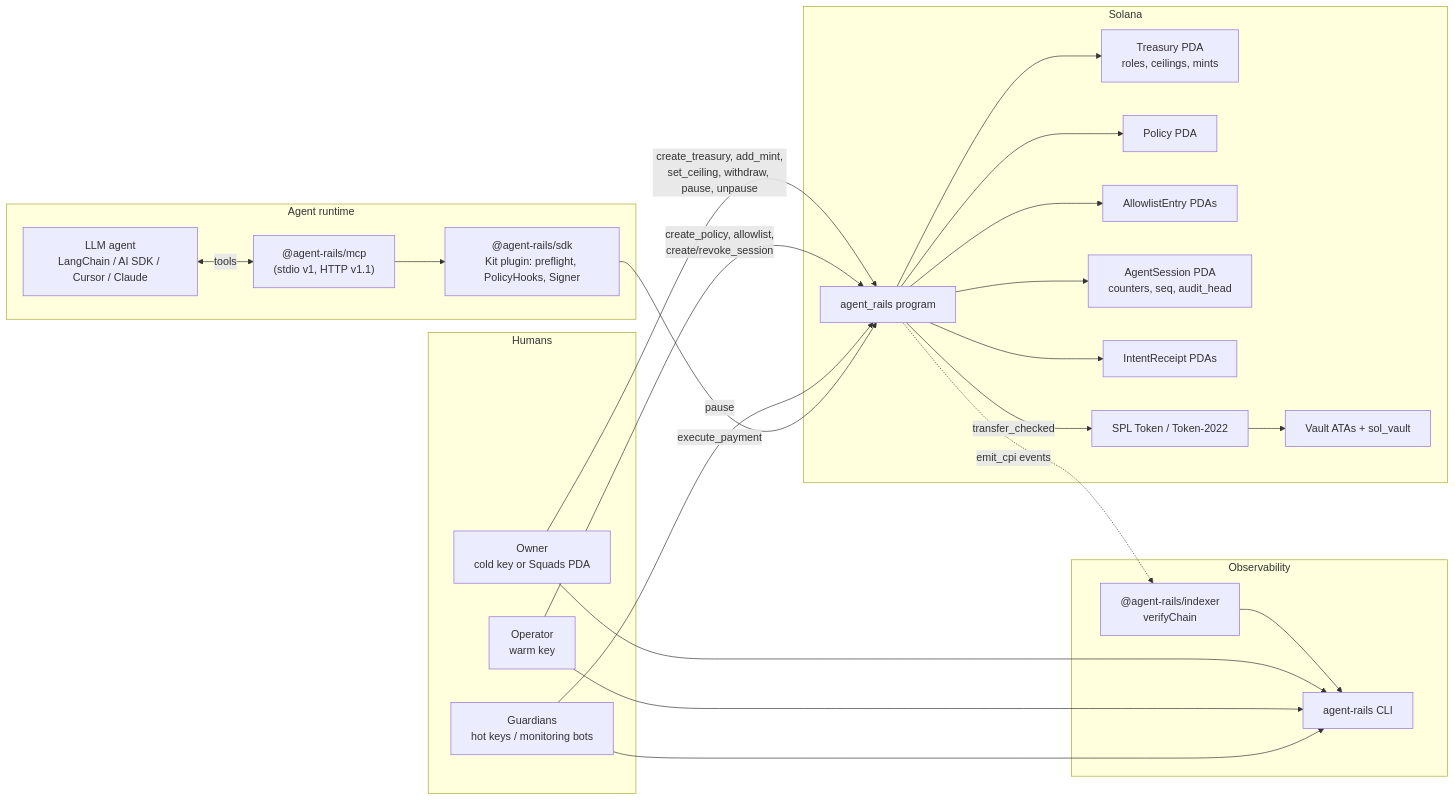
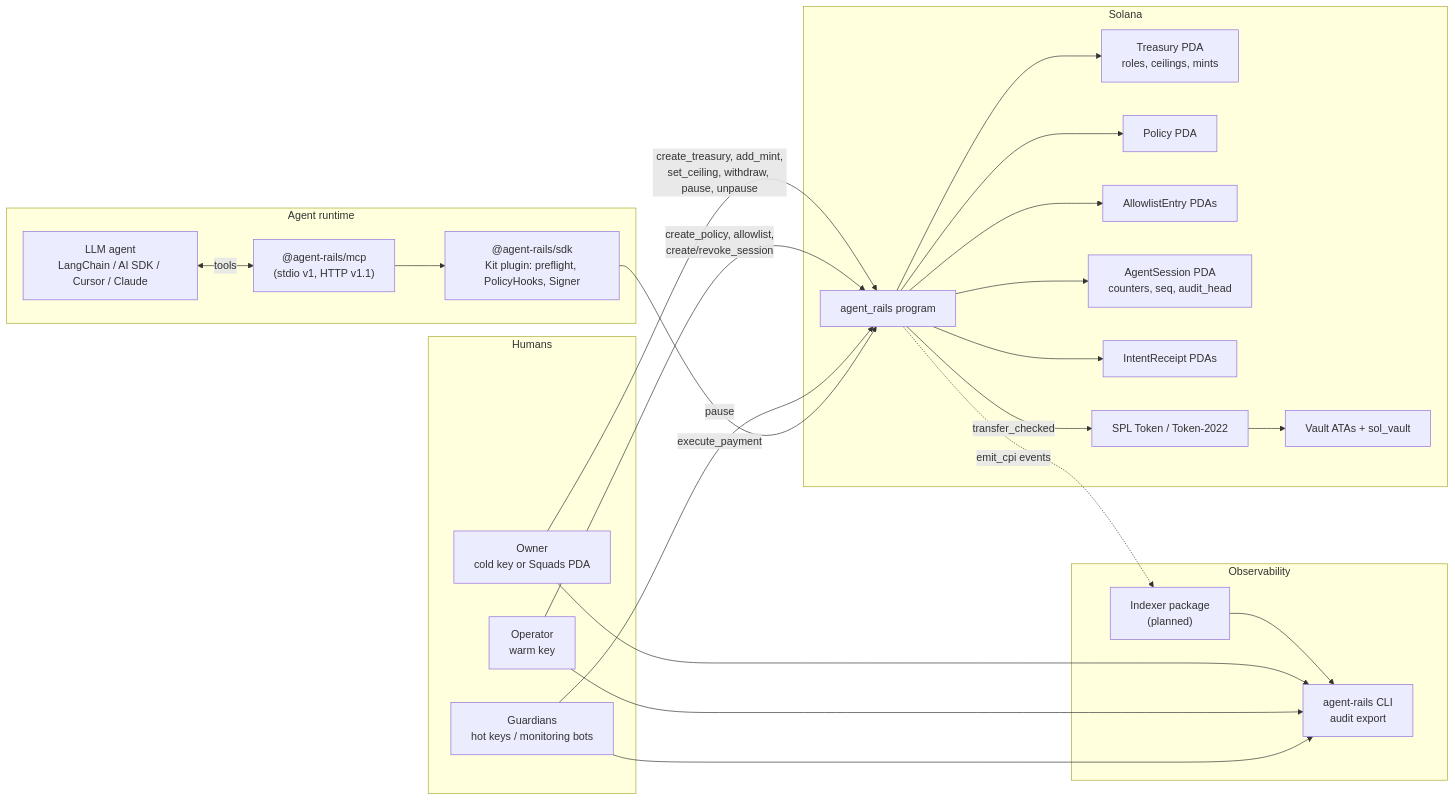
One commit to wayside-labs/ash changed the first of 3 diagrams in ARCHITECTURE.md. Above: the diagram before and after it, drawn with Mermaid. The commit also changed other lines of this file and 6 other files, not shown here.

````diff
--- a/ARCHITECTURE.md
+++ b/ARCHITECTURE.md
@@ -32,43 +33,43 @@
 ```mermaid
 flowchart LR
   subgraph Humans
     OWN[Owner<br/>cold key or Squads PDA]
     OPR[Operator<br/>warm key]
     GRD[Guardians<br/>hot keys / monitoring bots]
   end
 
   subgraph Agent runtime
     LLM[LLM agent<br/>LangChain / AI SDK / Cursor / Claude]
     MCP["@agent-rails/mcp<br/>(stdio v1, HTTP v1.1)"]
     SDK["@agent-rails/sdk<br/>Kit plugin: preflight, PolicyHooks, Signer"]
   end
 
   subgraph Solana
     PRG[agent_rails program]
     TRS[Treasury PDA<br/>roles, ceilings, mints]
     POL[Policy PDA]
     ALW[AllowlistEntry PDAs]
     SES[AgentSession PDA<br/>counters, seq, audit_head]
     RCT[IntentReceipt PDAs]
     VLT[Vault ATAs + sol_vault]
     TOK[SPL Token / Token-2022]
   end
 
   subgraph Observability
-    IDX["@agent-rails/indexer<br/>verifyChain"]
-    CLI[agent-rails CLI]
+    IDX["Indexer package<br/>(planned)"]
+    CLI[agent-rails CLI<br/>audit export]
   end
 
   OWN -->|create_treasury, add_mint,<br/>set_ceiling, withdraw, pause, unpause| PRG
   OPR -->|create_policy, allowlist,<br/>create/revoke_session| PRG
   GRD -->|pause| PRG
   LLM <-->|tools| MCP
   MCP --> SDK
   SDK -->|execute_payment| PRG
   PRG --> TRS & POL & ALW & SES & RCT
   PRG -->|transfer_checked| TOK
   TOK --> VLT
   PRG -.->|emit_cpi events| IDX
   IDX --> CLI
   OWN & OPR & GRD --> CLI
 ```
````
